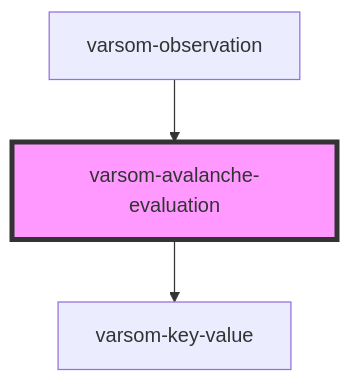
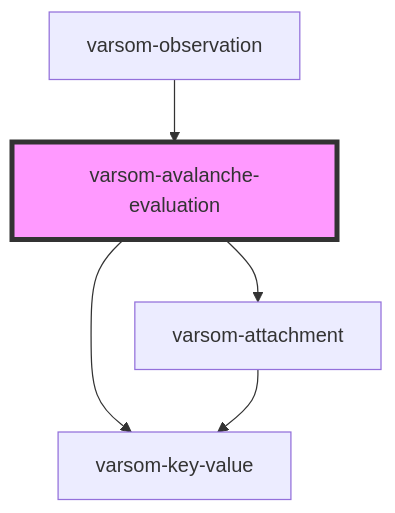
One commit to NVE/varsom-observation changed the diagram in observasjonskort/src/components/varsom-avalanche-evaluation/readme.md. Above: the diagram before and after it, drawn with Mermaid. The commit also changed other lines of this file and 17 other files, not shown here.

````diff
--- a/observasjonskort/src/components/varsom-avalanche-evaluation/readme.md
+++ b/observasjonskort/src/components/varsom-avalanche-evaluation/readme.md
@@ -43,6 +44,8 @@
 ```mermaid
 graph TD;
   varsom-avalanche-evaluation --> varsom-key-value
+  varsom-avalanche-evaluation --> varsom-attachment
+  varsom-attachment --> varsom-key-value
   varsom-observation --> varsom-avalanche-evaluation
   style varsom-avalanche-evaluation fill:#f9f,stroke:#333,stroke-width:4px
 ```
````
